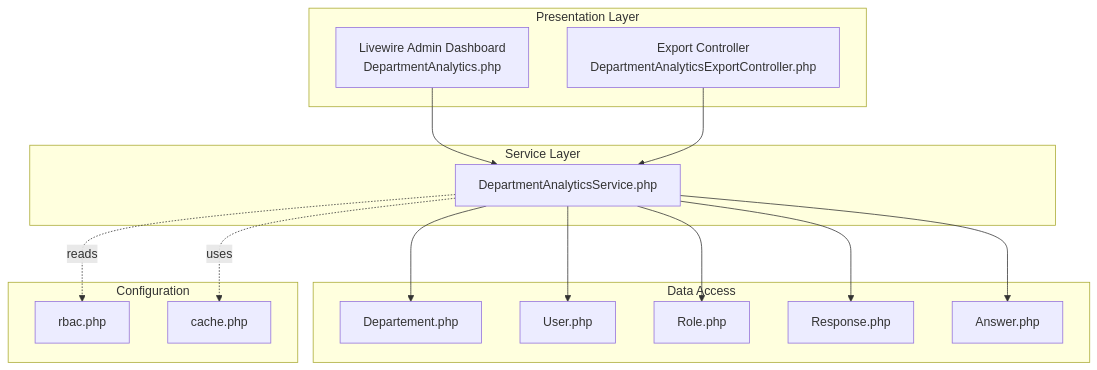
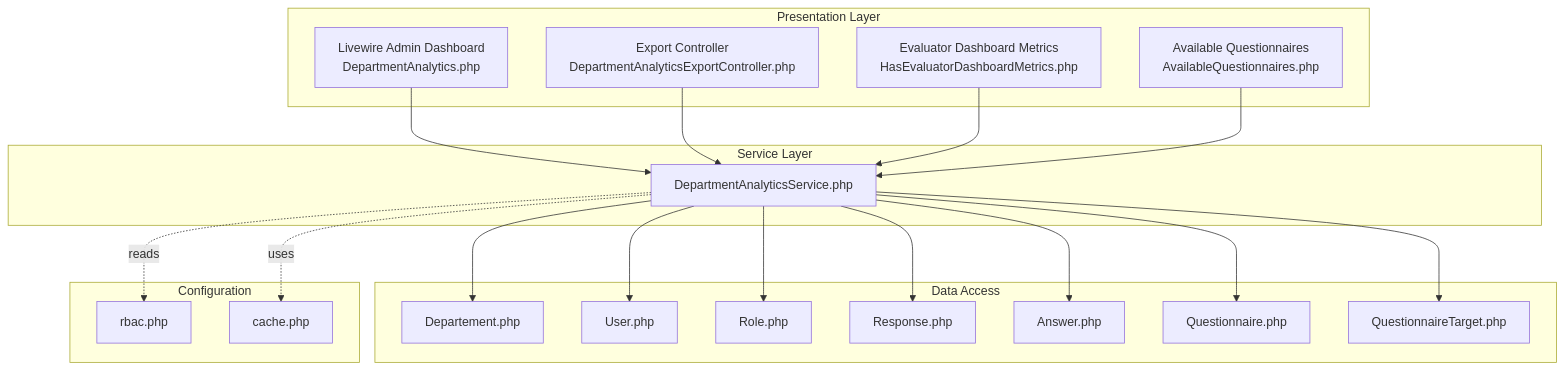
The first of 3 diagrams in .qoder/repowiki/en/content/Services & Utilities/Analytics Services.md (rudicatsmile/assesment360), drawn with Mermaid before and after one commit. The commit also changed other lines of this file and 6 other files, not shown here.

````diff
--- a/.qoder/repowiki/en/content/Services & Utilities/Analytics Services.md
+++ b/.qoder/repowiki/en/content/Services & Utilities/Analytics Services.md
@@ -45,30 +60,38 @@
 ```mermaid
 graph TB
 subgraph "Presentation Layer"
 LW["Livewire Admin Dashboard<br/>DepartmentAnalytics.php"]
 EXCEL["Export Controller<br/>DepartmentAnalyticsExportController.php"]
+DASHBOARD["Evaluator Dashboard Metrics<br/>HasEvaluatorDashboardMetrics.php"]
+AVAILABLE["Available Questionnaires<br/>AvailableQuestionnaires.php"]
 end
 subgraph "Service Layer"
 SVC["DepartmentAnalyticsService.php"]
 end
 subgraph "Data Access"
 DEPT["Departement.php"]
 USER["User.php"]
 ROLE["Role.php"]
 RESP["Response.php"]
 ANSWER["Answer.php"]
+QUESTIONNAIRE["Questionnaire.php"]
+TARGET["QuestionnaireTarget.php"]
 end
 subgraph "Configuration"
 RBAC["rbac.php"]
 CACHE["cache.php"]
 end
 LW --> SVC
 EXCEL --> SVC
+DASHBOARD --> SVC
+AVAILABLE --> SVC
 SVC --> DEPT
 SVC --> USER
 SVC --> ROLE
 SVC --> RESP
 SVC --> ANSWER
+SVC --> QUESTIONNAIRE
+SVC --> TARGET
 SVC -. reads .-> RBAC
 SVC -. uses .-> CACHE
 ```
````
